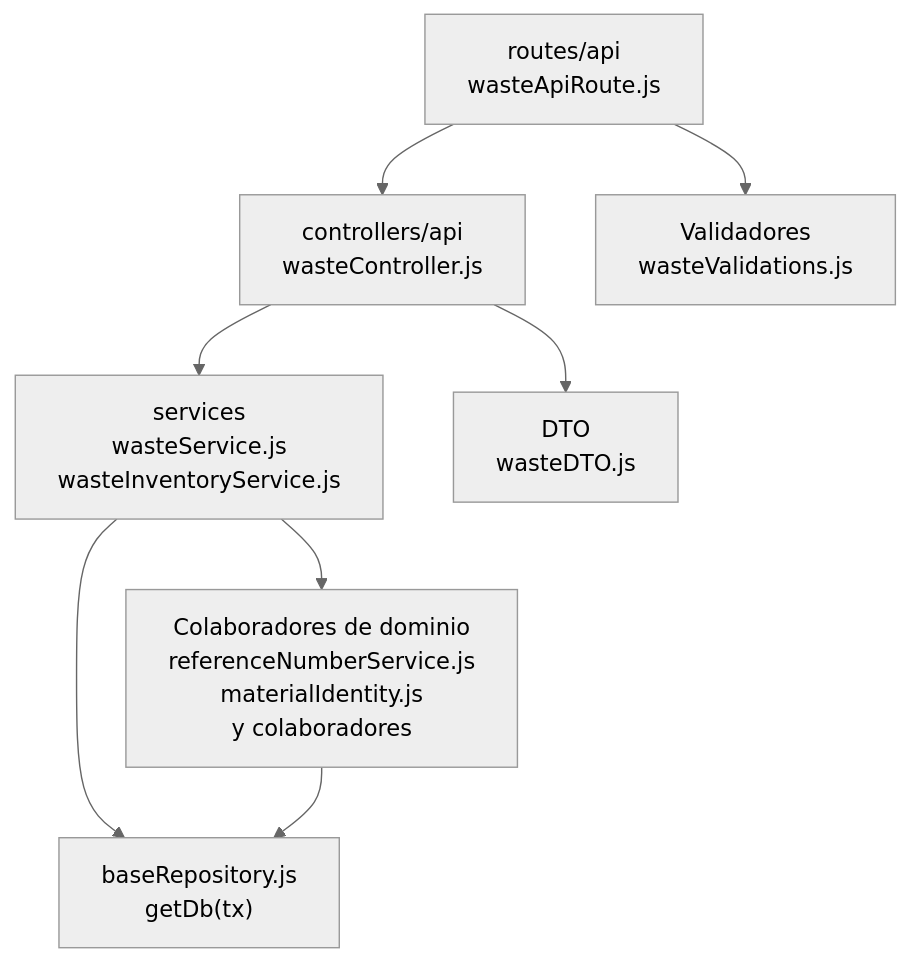
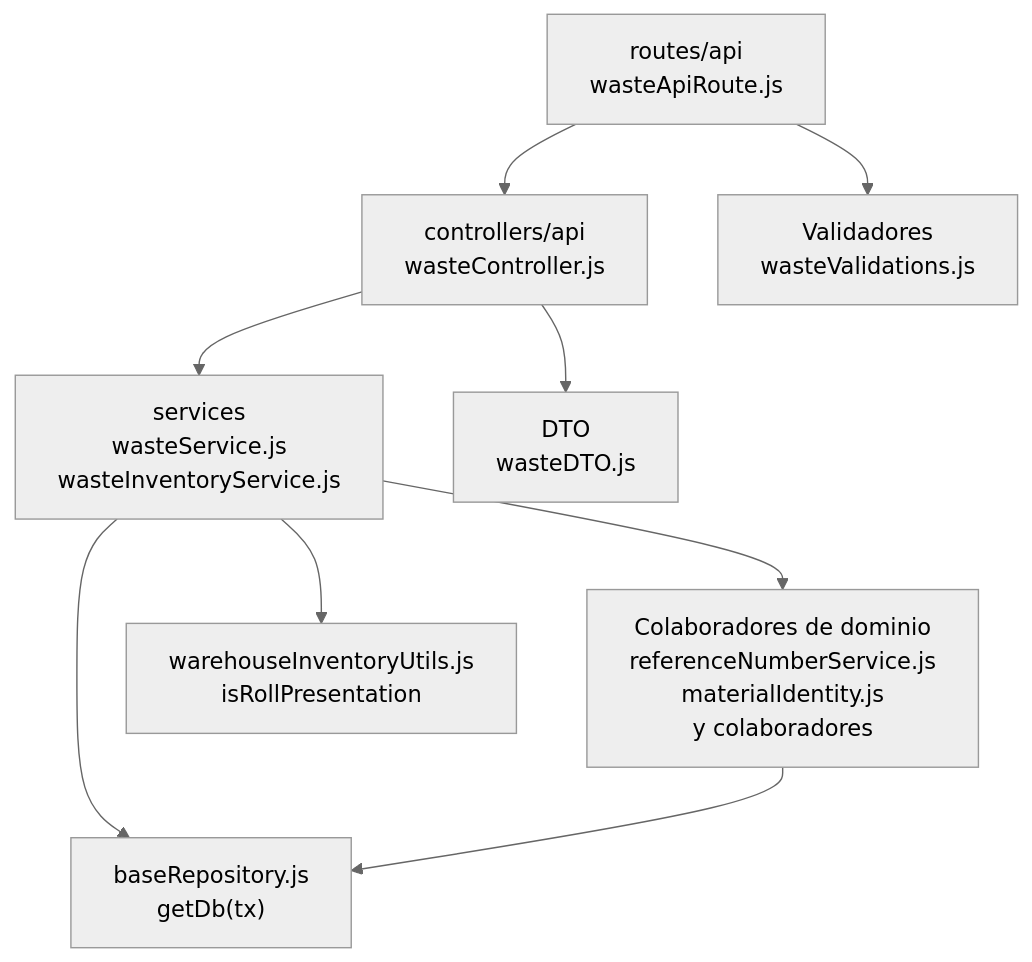
One commit to gpgsistemas01/nexus changed the diagram in docs/architecture/views/development/backend-technical-documentation/11-wastes-code.md. Above: the diagram before and after it, drawn with Mermaid (neutral theme). The commit also changed other lines of this file and 338 other files, not shown here.

````diff
--- a/docs/architecture/views/development/backend-technical-documentation/11-wastes-code.md
+++ b/docs/architecture/views/development/backend-technical-documentation/11-wastes-code.md
@@ -7,17 +7,19 @@
 ```mermaid
 flowchart TB
     R["routes/api<br/>wasteApiRoute.js"]
     C["controllers/api<br/>wasteController.js"]
     S["services<br/>wasteService.js<br/>wasteInventoryService.js"]
     D["DTO<br/>wasteDTO.js"]
     X["Colaboradores de dominio<br/>referenceNumberService.js<br/>materialIdentity.js<br/>y colaboradores"]
     V["Validadores<br/>wasteValidations.js"]
     P["baseRepository.js<br/>getDb(tx)"]
+    PresentationRule["warehouseInventoryUtils.js<br/>isRollPresentation"]
     C --> D
     C --> S
     R --> C
     R --> V
     S --> P
     S --> X
+    S --> PresentationRule
     X --> P
 ```
````
